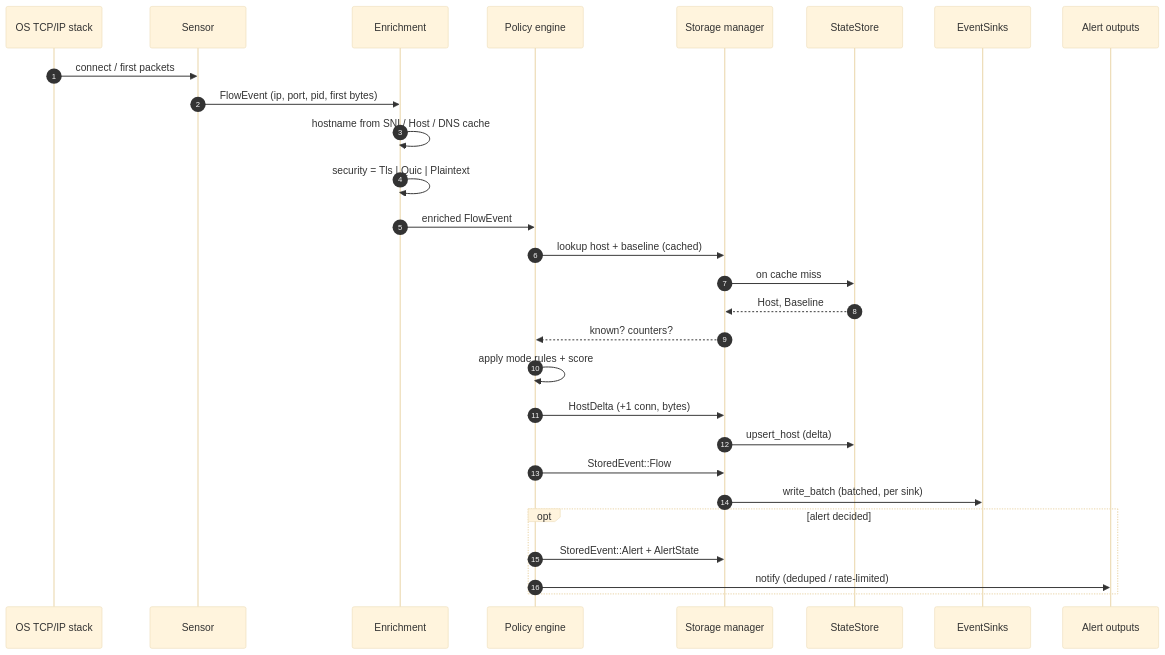
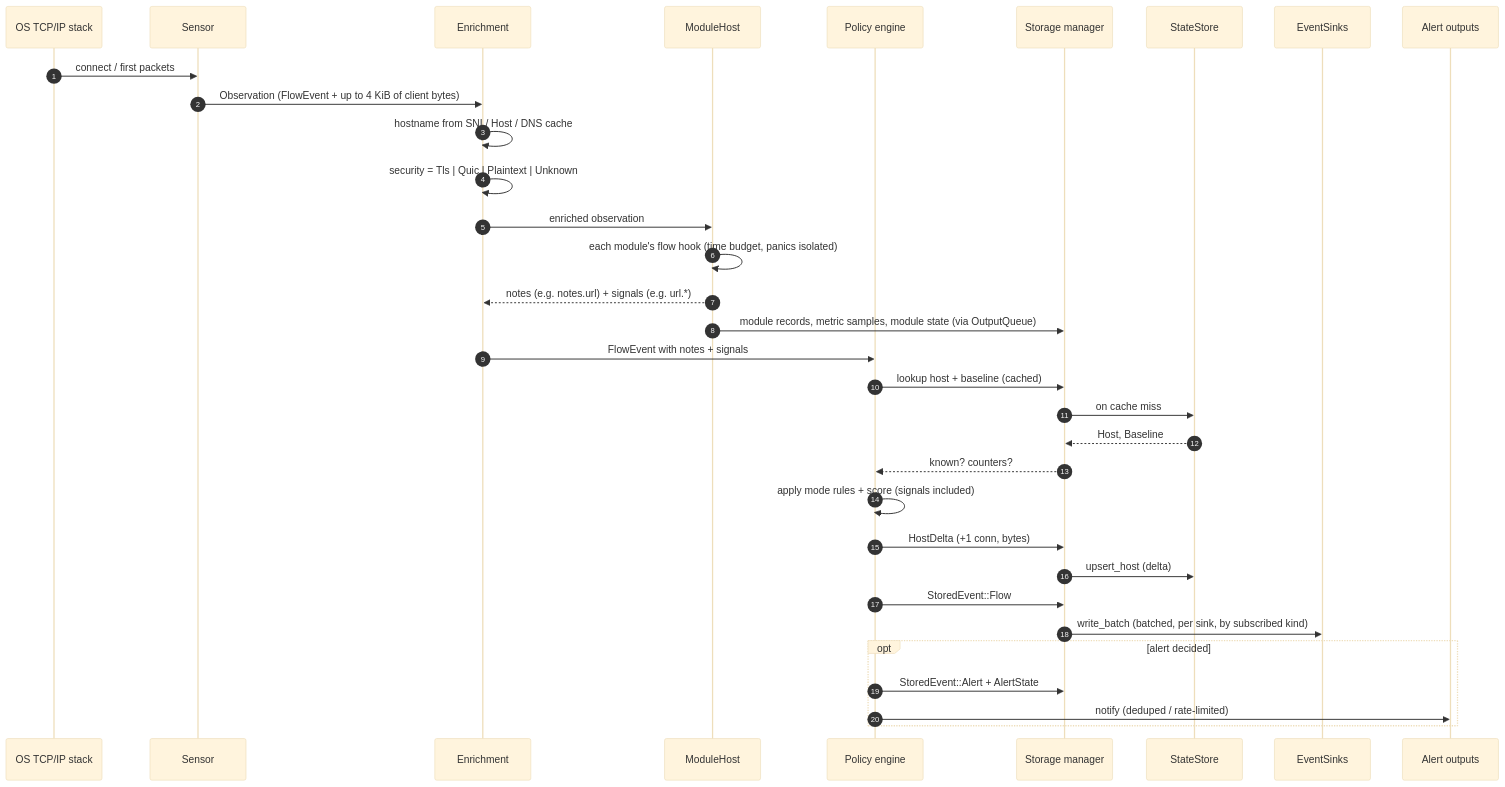
The second of 8 diagrams in workfiles/diagram.md (savex/scribe), drawn with Mermaid (base theme) before and after one commit. The commit also changed other lines of this file and 3 other files, not shown here.

First line of the commit message:
Update diagrams and test approach after phase 1

````diff
--- a/workfiles/diagram.md
+++ b/workfiles/diagram.md
@@ -62,31 +93,36 @@
 ```mermaid
 sequenceDiagram
     autonumber
     participant K as OS TCP/IP stack
     participant S as Sensor
     participant E as Enrichment
+    participant H as ModuleHost
     participant P as Policy engine
     participant M as Storage manager
     participant St as StateStore
     participant Sk as EventSinks
     participant A as Alert outputs
 
     K->>S: connect / first packets
-    S->>E: FlowEvent (ip, port, pid, first bytes)
+    S->>E: Observation (FlowEvent + up to 4 KiB of client bytes)
     E->>E: hostname from SNI / Host / DNS cache
-    E->>E: security = Tls | Quic | Plaintext
-    E->>P: enriched FlowEvent
+    E->>E: security = Tls | Quic | Plaintext | Unknown
+    E->>H: enriched observation
+    H->>H: each module's flow hook (time budget, panics isolated)
+    H-->>E: notes (e.g. notes.url) + signals (e.g. url.*)
+    H->>M: module records, metric samples, module state (via OutputQueue)
+    E->>P: FlowEvent with notes + signals
     P->>M: lookup host + baseline (cached)
     M->>St: on cache miss
     St-->>M: Host, Baseline
     M-->>P: known? counters?
-    P->>P: apply mode rules + score
+    P->>P: apply mode rules + score (signals included)
     P->>M: HostDelta (+1 conn, bytes)
     M->>St: upsert_host (delta)
     P->>M: StoredEvent::Flow
-    M->>Sk: write_batch (batched, per sink)
+    M->>Sk: write_batch (batched, per sink, by subscribed kind)
     opt alert decided
         P->>M: StoredEvent::Alert + AlertState
         P->>A: notify (deduped / rate-limited)
     end
 ```
````
